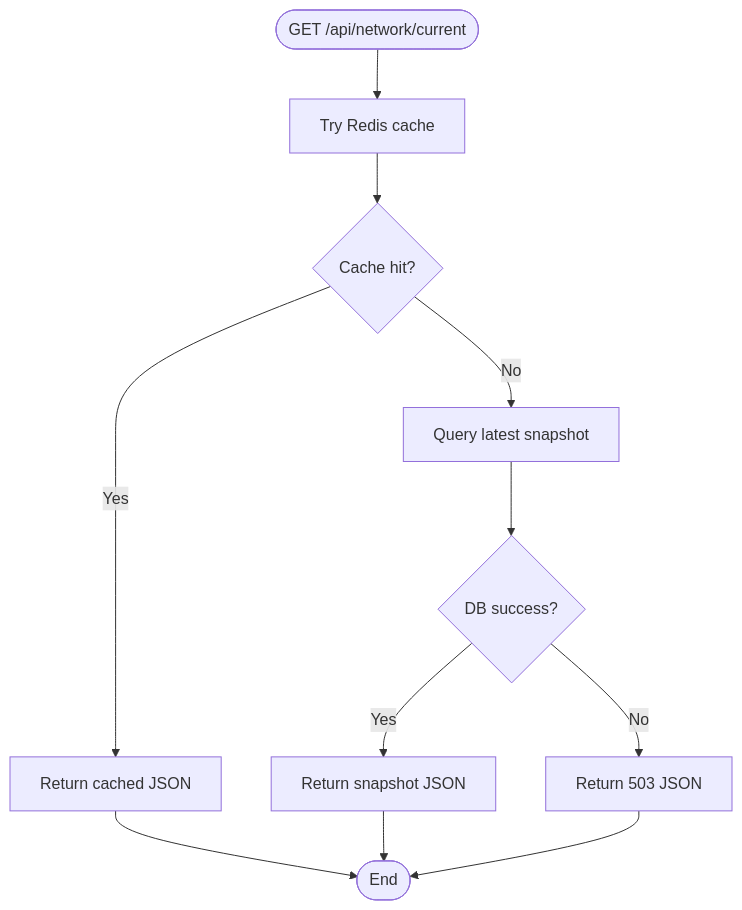
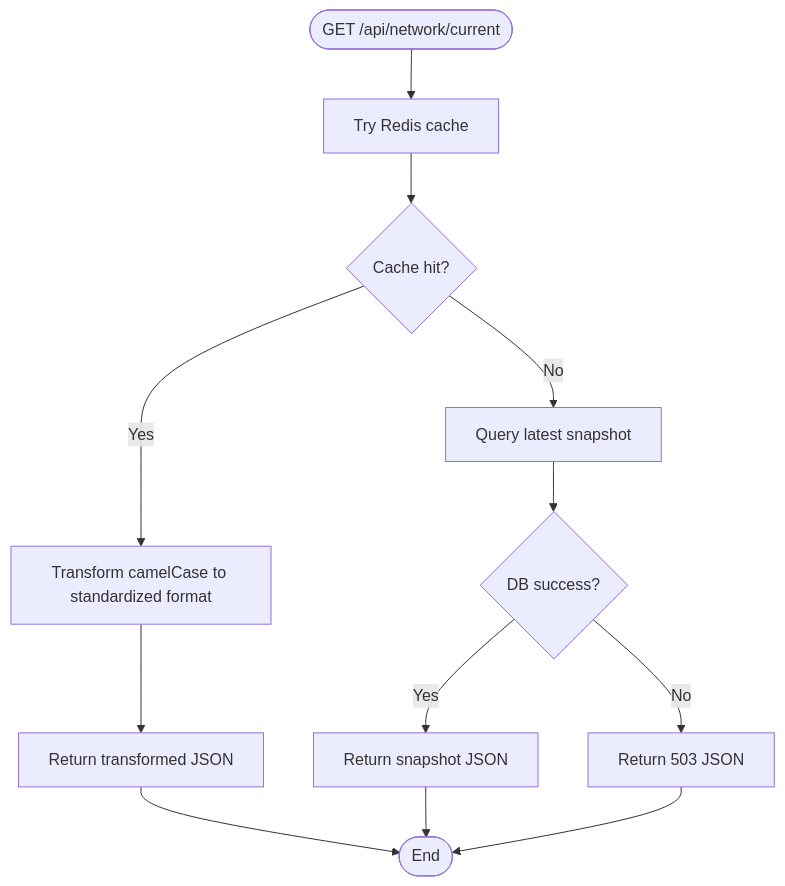
Before and after one commit to RunTimeAdmin/InfraWatch: the third of 7 diagrams in .qoder/repowiki/en/content/Backend Architecture/Routing System/Routing System.md, drawn with Mermaid. The commit also changed other lines of this file and 12 other files, not shown here.

````diff
--- a/.qoder/repowiki/en/content/Backend Architecture/Routing System/Routing System.md
+++ b/.qoder/repowiki/en/content/Backend Architecture/Routing System/Routing System.md
@@ -147,13 +169,14 @@
 ```mermaid
 flowchart TD
 Start(["GET /api/network/current"]) --> TryCache["Try Redis cache"]
 TryCache --> CacheHit{"Cache hit?"}
-CacheHit --> |Yes| ReturnCached["Return cached JSON"]
+CacheHit --> |Yes| TransformFields["Transform camelCase to standardized format"]
+TransformFields --> ReturnCached["Return transformed JSON"]
 CacheHit --> |No| QueryDB["Query latest snapshot"]
 QueryDB --> DBSuccess{"DB success?"}
 DBSuccess --> |No| Return503["Return 503 JSON"]
 DBSuccess --> |Yes| ReturnJSON["Return snapshot JSON"]
 ReturnCached --> End(["End"])
 ReturnJSON --> End
 Return503 --> End
 ```
````
